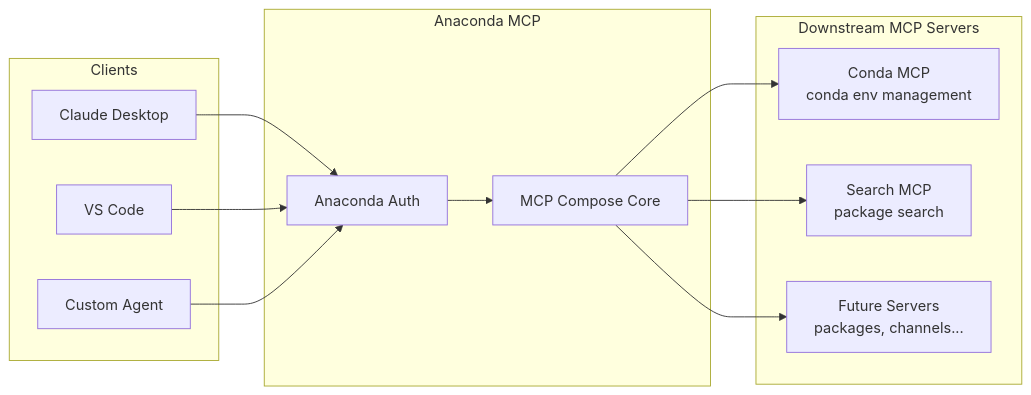
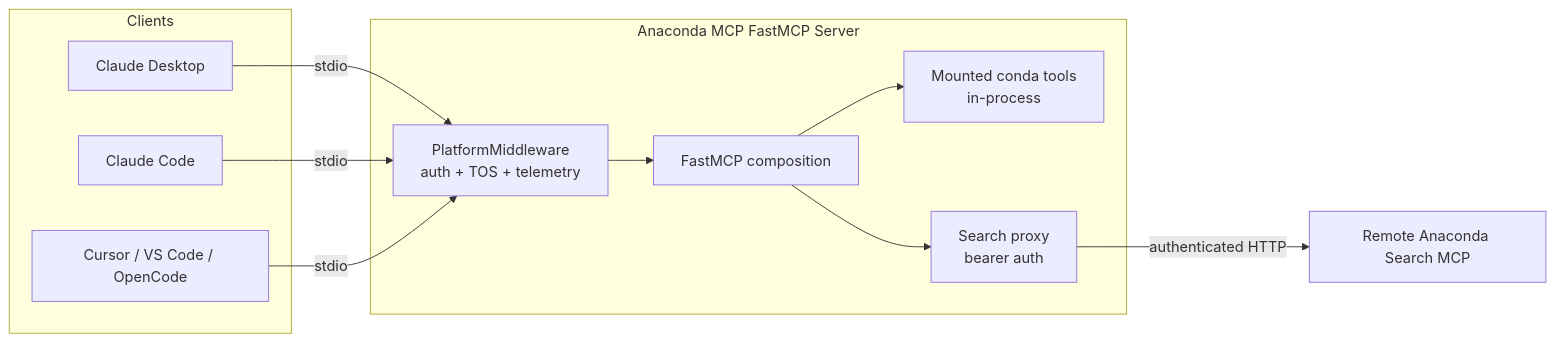
Before and after one commit to anaconda/anaconda-mcp: the first of 4 diagrams in docs/ARCHITECTURE.md, drawn with Mermaid. The commit also changed other lines of this file and 53 other files, not shown here.

````diff
--- a/docs/ARCHITECTURE.md
+++ b/docs/ARCHITECTURE.md
@@ -11,27 +9,25 @@
 ```mermaid
 graph LR
     subgraph Clients
         C1[Claude Desktop]
-        C2[VS Code]
-        C3[Custom Agent]
+        C2[Claude Code]
+        C3[Cursor / VS Code / OpenCode]
     end
 
-    subgraph Anaconda MCP
-        Auth[Anaconda Auth]
-        Compose[MCP Compose Core]
+    subgraph "Anaconda MCP FastMCP Server"
+        MW[PlatformMiddleware<br/>auth + TOS + telemetry]
+        ROUTER[FastMCP composition]
+        CONDA[Mounted conda tools<br/>in-process]
+        SEARCH[Search proxy<br/>bearer auth]
     end
 
-    subgraph Downstream MCP Servers
-        ENV[Conda MCP<br/>conda env management]
-        SEARCH[Search MCP<br/>package search]
-        FUTURE[Future Servers<br/>packages, channels...]
-    end
+    REMOTE[Remote Anaconda Search MCP]
 
-    C1 --> Auth
-    C2 --> Auth
-    C3 --> Auth
-    Auth --> Compose
-    Compose --> ENV
-    Compose --> SEARCH
-    Compose --> FUTURE
+    C1 -->|stdio| MW
+    C2 -->|stdio| MW
+    C3 -->|stdio| MW
+    MW --> ROUTER
+    ROUTER --> CONDA
+    ROUTER --> SEARCH
+    SEARCH -->|authenticated HTTP| REMOTE
 ```
````
